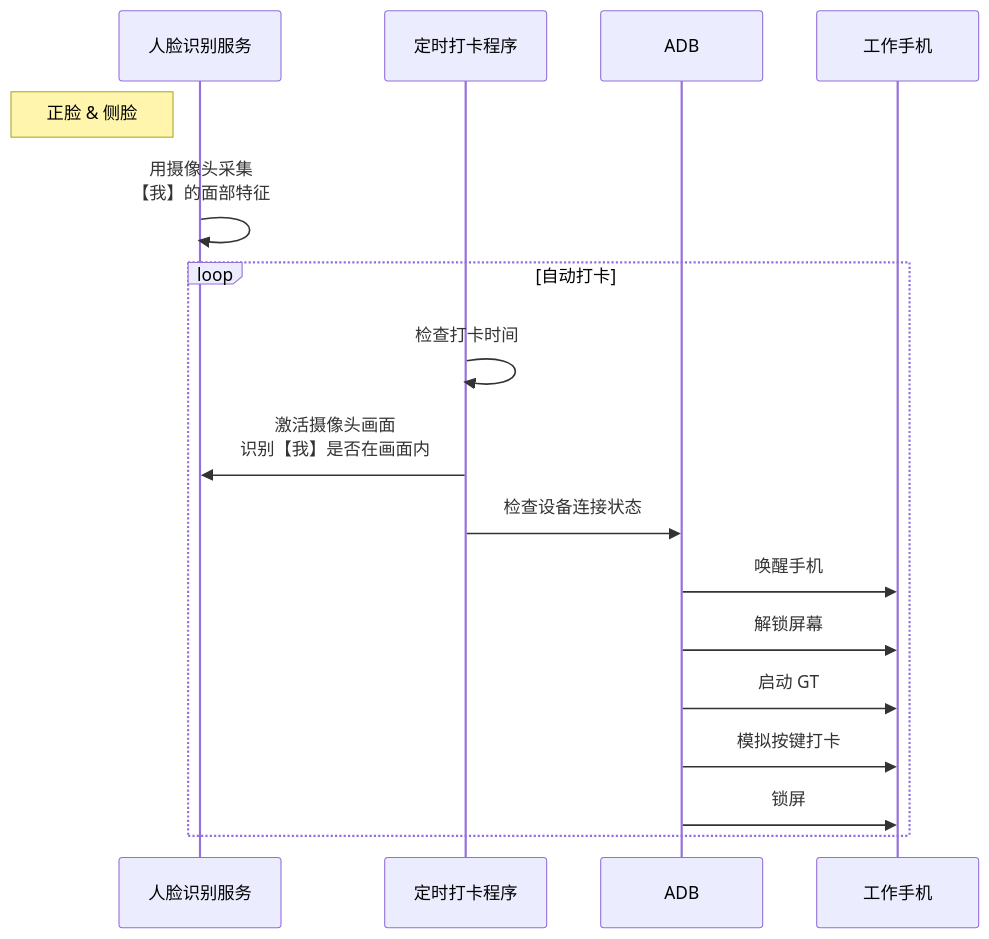
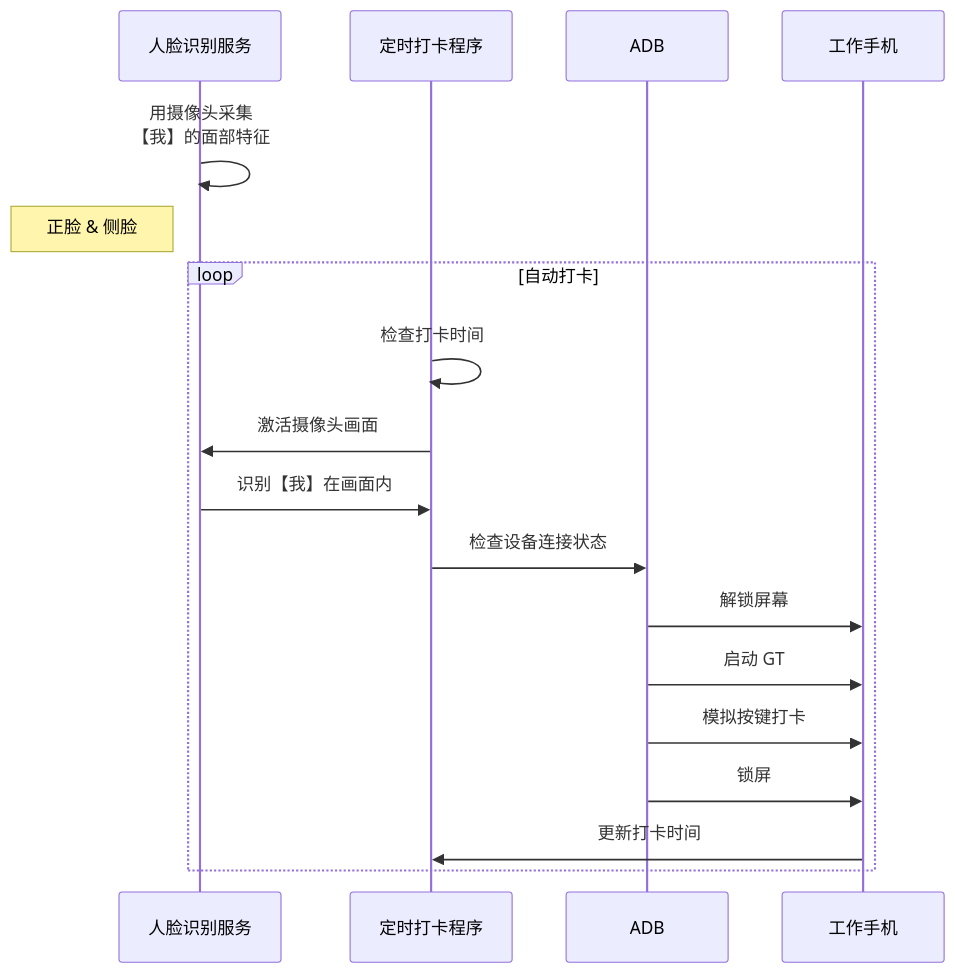
The diagram in docs/我用AI+GT做了一个全自动打卡机.md (Visuals-AI/AI-auto-checkin), drawn with Mermaid before and after one commit.

````diff
--- a/docs/我用AI+GT做了一个全自动打卡机.md
+++ b/docs/我用AI+GT做了一个全自动打卡机.md
@@ -79,19 +79,20 @@
 ```mermaid
 sequenceDiagram
     participant 人脸识别服务
     participant 定时打卡程序
     participant ADB
     participant 工作手机
+    人脸识别服务->>人脸识别服务: 用摄像头采集<br/>【我】的面部特征
     Note left of 人脸识别服务: 正脸 & 侧脸
-    人脸识别服务->>人脸识别服务: 用摄像头采集<br/>【我】的面部特征
     loop 自动打卡
         定时打卡程序->>定时打卡程序: 检查打卡时间
-        定时打卡程序->>人脸识别服务: 激活摄像头画面<br/>识别【我】是否在画面内
+        定时打卡程序->>人脸识别服务: 激活摄像头画面
+        人脸识别服务->>定时打卡程序: 识别【我】在画面内
         定时打卡程序->>ADB: 检查设备连接状态
-        ADB->>工作手机: 唤醒手机
         ADB->>工作手机: 解锁屏幕
         ADB->>工作手机: 启动 GT
         ADB->>工作手机: 模拟按键打卡
         ADB->>工作手机: 锁屏
+        工作手机->>定时打卡程序: 更新打卡时间
     end
 ```
````
